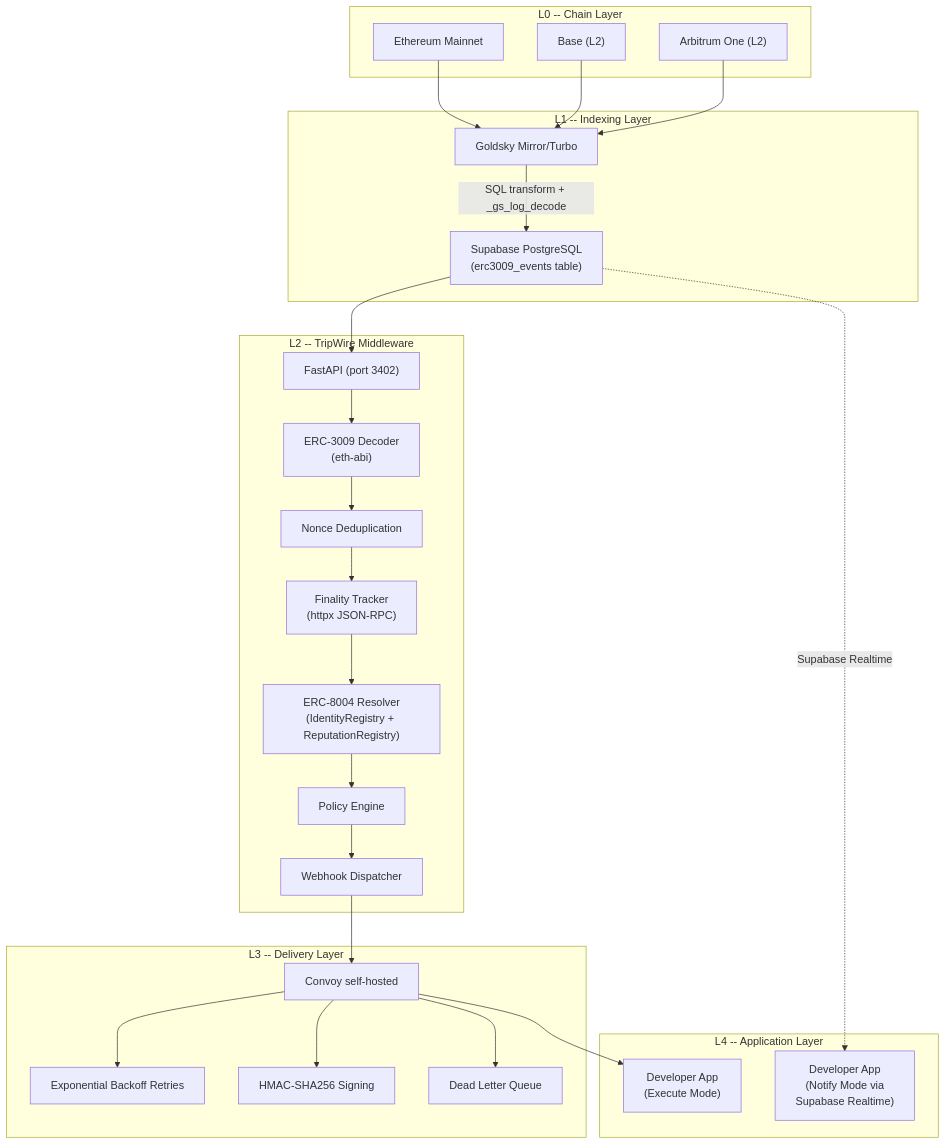
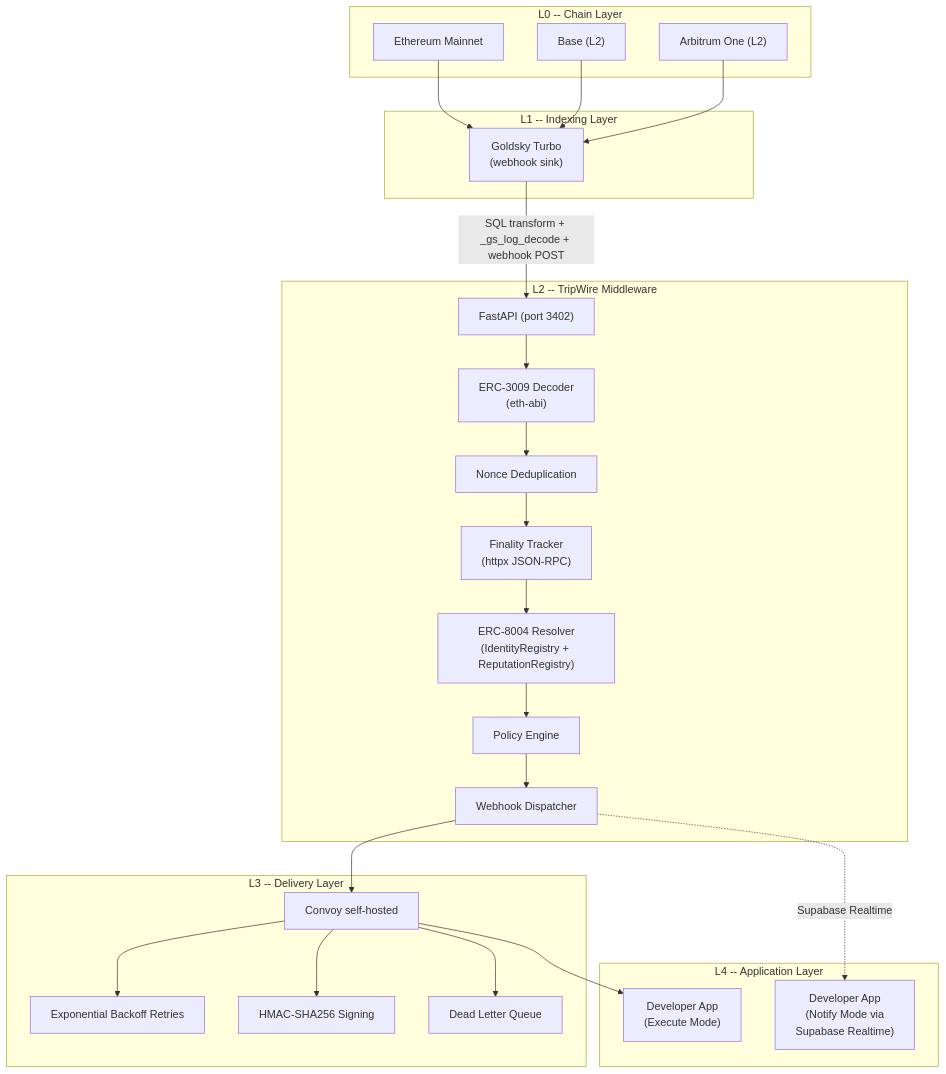
Before and after one commit to sonu96/TripWire: the first of 10 diagrams in docs/architecture/overview.md, drawn with Mermaid. The commit also changed other lines of this file and 23 other files, not shown here.

````diff
--- a/docs/architecture/overview.md
+++ b/docs/architecture/overview.md
@@ -29,53 +31,51 @@
 ```mermaid
 graph TB
     subgraph L0["L0 -- Chain Layer"]
         ETH["Ethereum Mainnet"]
         BASE["Base (L2)"]
         ARB["Arbitrum One (L2)"]
     end
 
     subgraph L1["L1 -- Indexing Layer"]
-        GS["Goldsky Mirror/Turbo"]
-        SB_SINK["Supabase PostgreSQL<br/>(erc3009_events table)"]
+        GS["Goldsky Turbo<br/>(webhook sink)"]
     end
 
     subgraph L2["L2 -- TripWire Middleware"]
         API["FastAPI (port 3402)"]
         DECODE["ERC-3009 Decoder<br/>(eth-abi)"]
         FINALITY["Finality Tracker<br/>(httpx JSON-RPC)"]
         IDENTITY["ERC-8004 Resolver<br/>(IdentityRegistry + ReputationRegistry)"]
         POLICY["Policy Engine"]
         DEDUP["Nonce Deduplication"]
         DISPATCH["Webhook Dispatcher"]
     end
 
     subgraph L3["L3 -- Delivery Layer"]
         CONVOY["Convoy self-hosted"]
         RETRY["Exponential Backoff Retries"]
         HMAC["HMAC-SHA256 Signing"]
         DLQ["Dead Letter Queue"]
     end
 
     subgraph L4["L4 -- Application Layer"]
         DEV_EXEC["Developer App<br/>(Execute Mode)"]
         DEV_NOTIFY["Developer App<br/>(Notify Mode via<br/>Supabase Realtime)"]
     end
 
     ETH --> GS
     BASE --> GS
     ARB --> GS
-    GS -->|"SQL transform + _gs_log_decode"| SB_SINK
-    SB_SINK --> API
+    GS -->|"SQL transform + _gs_log_decode + webhook POST"| API
     API --> DECODE
     DECODE --> DEDUP
     DEDUP --> FINALITY
     FINALITY --> IDENTITY
     IDENTITY --> POLICY
     POLICY --> DISPATCH
     DISPATCH --> CONVOY
     CONVOY --> RETRY
     CONVOY --> HMAC
     CONVOY --> DLQ
     CONVOY --> DEV_EXEC
-    SB_SINK -.->|"Supabase Realtime"| DEV_NOTIFY
+    DISPATCH -.->|"Supabase Realtime"| DEV_NOTIFY
 ```
````
